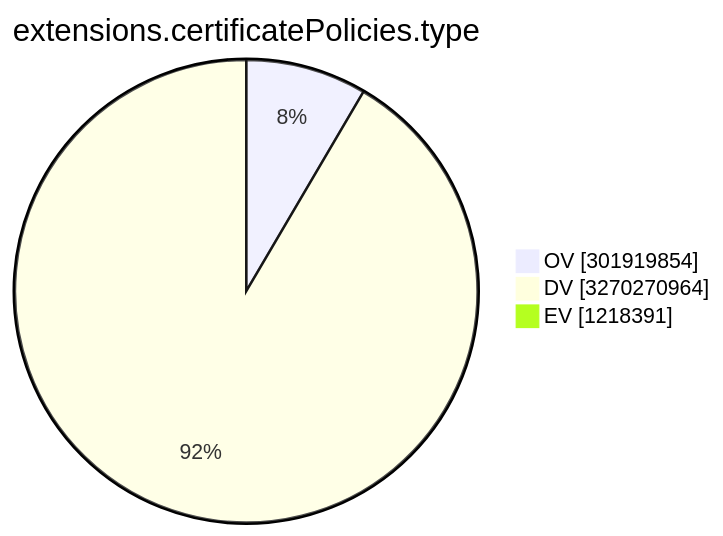
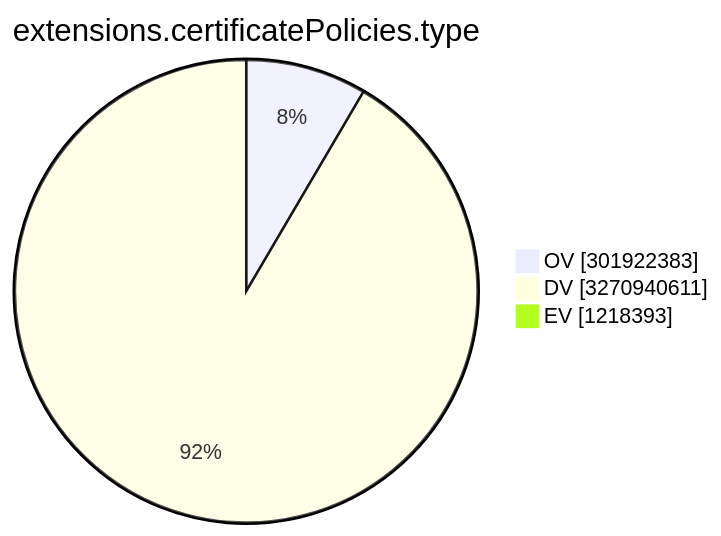
The ninth of 15 diagrams in TOTAL/README.md (christiankrug/ctmonitor_visualization), drawn with Mermaid before and after one commit. The commit also changed other lines of this file, not shown here.

````diff
--- a/TOTAL/README.md
+++ b/TOTAL/README.md
@@ -3107,7 +3107,7 @@
 ```mermaid
 pie showData
 title extensions.certificatePolicies.type
-"OV" :301919854
-"DV" :3270270964
-"EV" :1218391
+"OV" :301922383
+"DV" :3270940611
+"EV" :1218393
 ```
````
